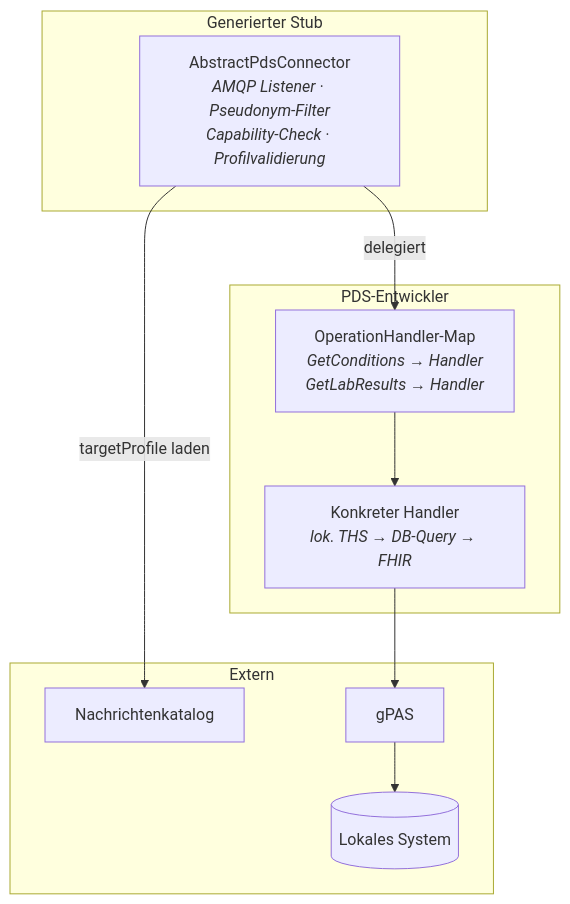
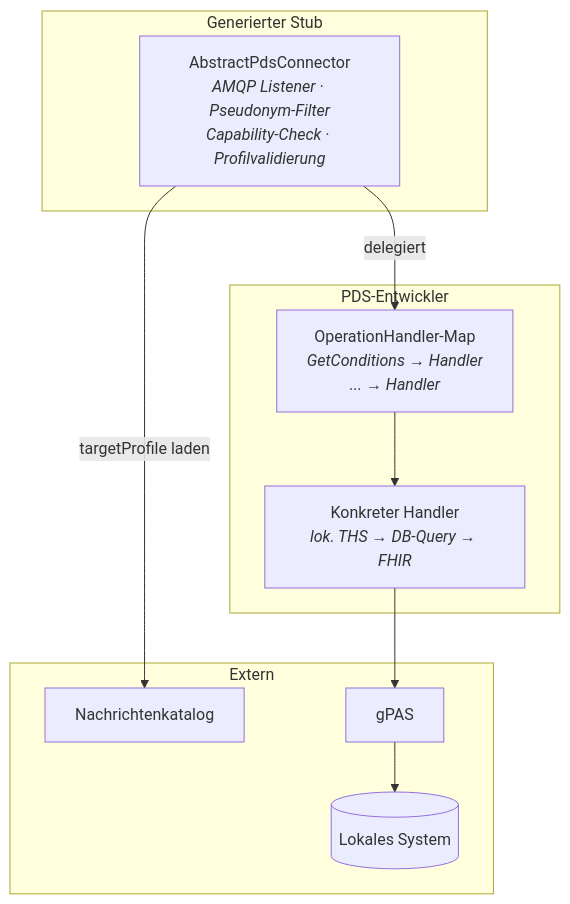
Before and after one commit to forschungsgruppe-digital-health/pds-query-broker: the fifth of 9 diagrams in docs/ARCHITECTURE.md, drawn with Mermaid. The commit also changed other lines of this file and 10 other files, not shown here.

````diff
--- a/docs/ARCHITECTURE.md
+++ b/docs/ARCHITECTURE.md
@@ -214,19 +214,19 @@
 ```mermaid
 graph TB
     subgraph "Generierter Stub"
         ABS["AbstractPdsConnector<br/><i>AMQP Listener · Pseudonym-Filter<br/>Capability-Check · Profilvalidierung</i>"]
     end
     subgraph "PDS-Entwickler"
-        MAP["OperationHandler-Map<br/><i>GetConditions → Handler<br/>GetLabResults → Handler</i>"]
+        MAP["OperationHandler-Map<br/><i>GetConditions → Handler<br/>... → Handler</i>"]
         H["Konkreter Handler<br/><i>lok. THS → DB-Query → FHIR</i>"]
     end
     subgraph "Extern"
         CAT["Nachrichtenkatalog"]
         LTHS["gPAS"]
         SRC[("Lokales System")]
     end
 
     ABS -->|"delegiert"| MAP --> H
     H --> LTHS --> SRC
     ABS -->|"targetProfile laden"| CAT
 ```
````
